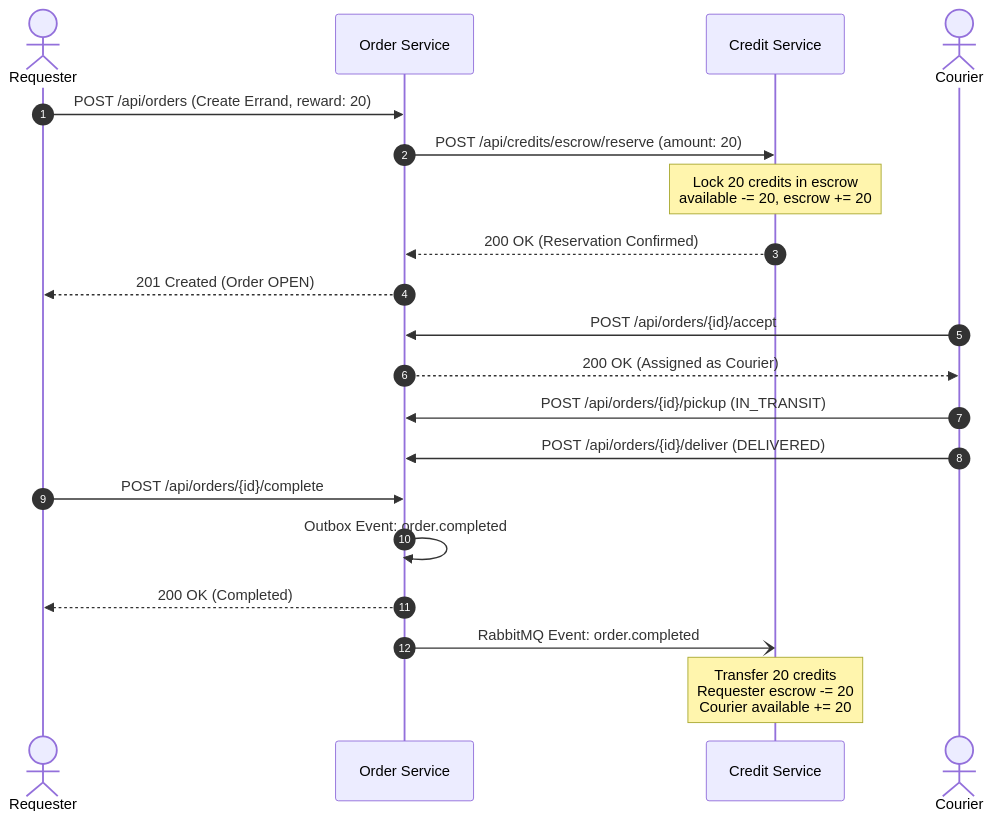
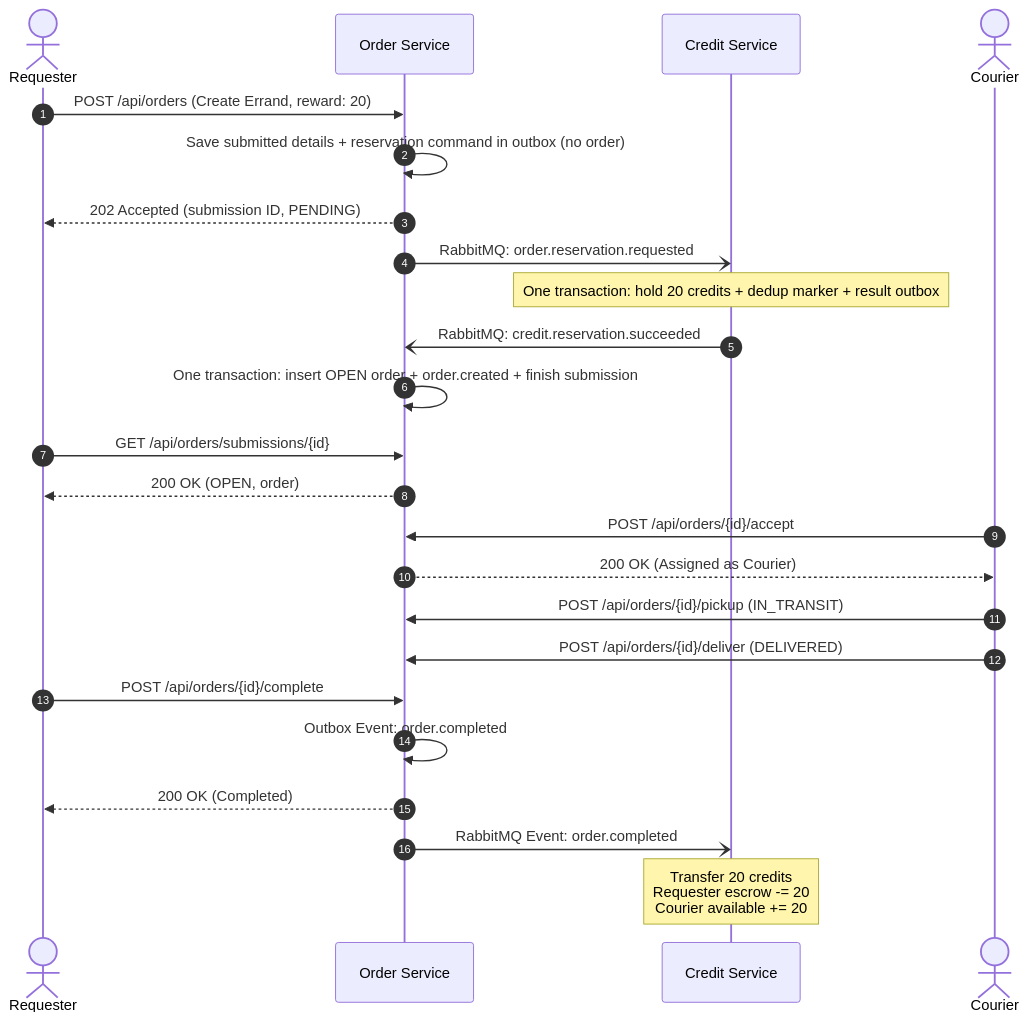
The second of 3 diagrams in docs/errand-specification.md (AY2627S1-CS3219-P25/friend-on-campus), drawn with Mermaid before and after one commit. The commit also changed other lines of this file and 32 other files, not shown here.

Commit message:
feat: implement async order credit reservation saga with RabbitMQ and transactional outboxes

````diff
--- a/docs/errand-specification.md
+++ b/docs/errand-specification.md
@@ -89,27 +117,31 @@
 ```mermaid
 sequenceDiagram
   autonumber
   actor Requester
   participant Order as Order Service
   participant Credit as Credit Service
   actor Courier
 
   Requester->>Order: POST /api/orders (Create Errand, reward: 20)
-  Order->>Credit: POST /api/credits/escrow/reserve (amount: 20)
-  Note over Credit: Lock 20 credits in escrow<br/>available -= 20, escrow += 20
-  Credit-->>Order: 200 OK (Reservation Confirmed)
-  Order-->>Requester: 201 Created (Order OPEN)
+  Order->>Order: Save submitted details + reservation command in outbox (no order)
+  Order-->>Requester: 202 Accepted (submission ID, PENDING)
+  Order-)Credit: RabbitMQ: order.reservation.requested
+  Note over Credit: One transaction: hold 20 credits + dedup marker + result outbox
+  Credit-)Order: RabbitMQ: credit.reservation.succeeded
+  Order->>Order: One transaction: insert OPEN order + order.created + finish submission
+  Requester->>Order: GET /api/orders/submissions/{id}
+  Order-->>Requester: 200 OK (OPEN, order)
 
   Courier->>Order: POST /api/orders/{id}/accept
   Order-->>Courier: 200 OK (Assigned as Courier)
 
   Courier->>Order: POST /api/orders/{id}/pickup (IN_TRANSIT)
   Courier->>Order: POST /api/orders/{id}/deliver (DELIVERED)
 
   Requester->>Order: POST /api/orders/{id}/complete
   Order->>Order: Outbox Event: order.completed
   Order-->>Requester: 200 OK (Completed)
 
   Order-)Credit: RabbitMQ Event: order.completed
   Note over Credit: Transfer 20 credits<br/>Requester escrow -= 20<br/>Courier available += 20
 ```
````
